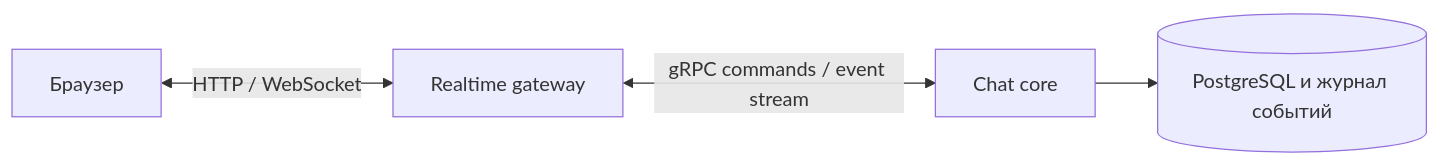
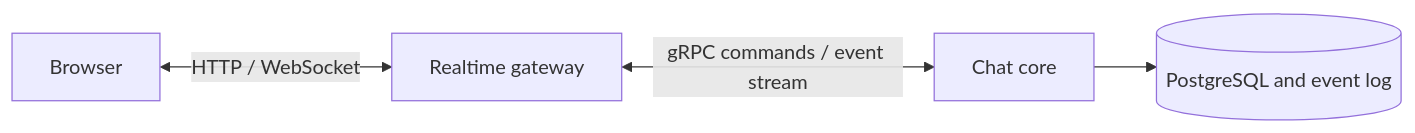
The second of 2 diagrams in docs/PLAN.md (fnder7/nullchat), drawn with Mermaid before and after one commit. The commit also changed other lines of this file and 21 other files, not shown here.

````diff
--- a/docs/PLAN.md
+++ b/docs/PLAN.md
@@ -260,6 +260,6 @@
 ```mermaid
 flowchart LR
-    Browser[Браузер] <-->|HTTP / WebSocket| Gateway[Realtime gateway]
+    Browser[Browser] <-->|HTTP / WebSocket| Gateway[Realtime gateway]
     Gateway <-->|gRPC commands / event stream| Core[Chat core]
-    Core --> DB[(PostgreSQL и журнал событий)]
+    Core --> DB[(PostgreSQL and event log)]
 ```
````
